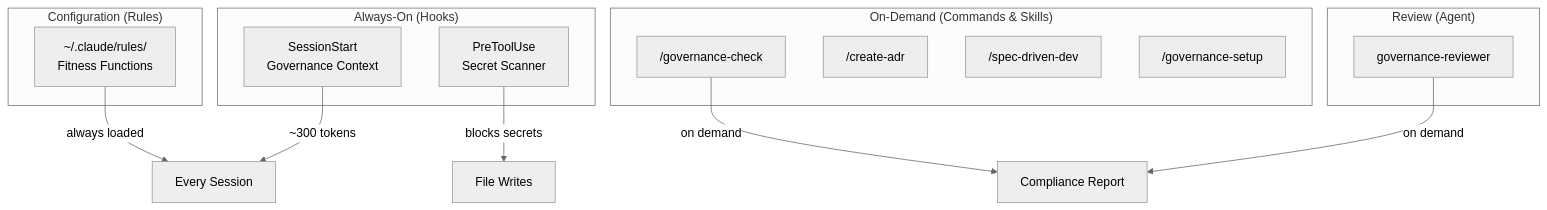
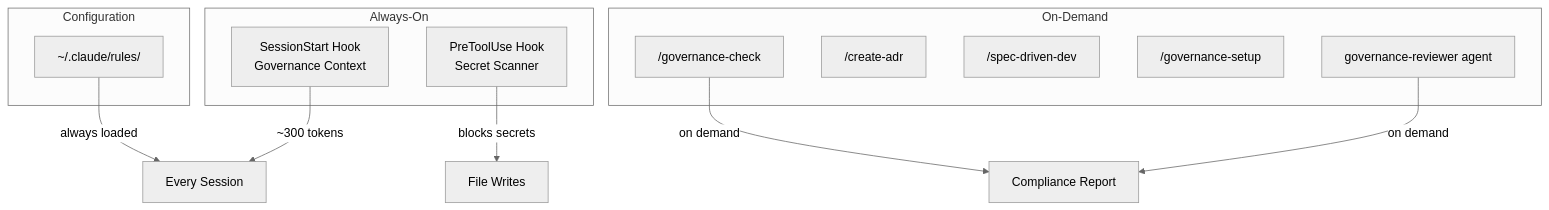
Before and after one commit to pitimon/claude-governance: the diagram in README.md, drawn with Mermaid (neutral theme). The commit also changed other lines of this file, not shown here.

````diff
--- a/README.md
+++ b/README.md
@@ -159,28 +116,24 @@
 ```mermaid
 graph TB
-    subgraph "Always-On (Hooks)"
-        H1["SessionStart<br>Governance Context"]
-        H2["PreToolUse<br>Secret Scanner"]
+    subgraph "Always-On"
+        H1["SessionStart Hook<br/>Governance Context"]
+        H2["PreToolUse Hook<br/>Secret Scanner"]
     end
 
-    subgraph "On-Demand (Commands & Skills)"
+    subgraph "On-Demand"
         C1["/governance-check"]
         C2["/create-adr"]
         S1["/spec-driven-dev"]
         S2["/governance-setup"]
+        A1["governance-reviewer agent"]
     end
 
-    subgraph "Review (Agent)"
-        A1["governance-reviewer"]
+    subgraph "Configuration"
+        R1["~/.claude/rules/"]
     end
 
-    subgraph "Configuration (Rules)"
-        R1["~/.claude/rules/<br>Fitness Functions"]
-    end
-
-    H1 -->|"~300 tokens"| SESSION["Every Session"]
-    H2 -->|"blocks secrets"| WRITES["File Writes"]
-    C1 -->|"on demand"| CHECK["Compliance Report"]
-    A1 -->|"on demand"| CHECK
-    R1 -->|"always loaded"| SESSION
+    H1 -->|~300 tokens| SESSION["Every Session"]
+    H2 -->|blocks secrets| WRITES["File Writes"]
+    R1 -->|always loaded| SESSION
+    C1 & A1 -->|on demand| CHECK["Compliance Report"]
 ```
````
